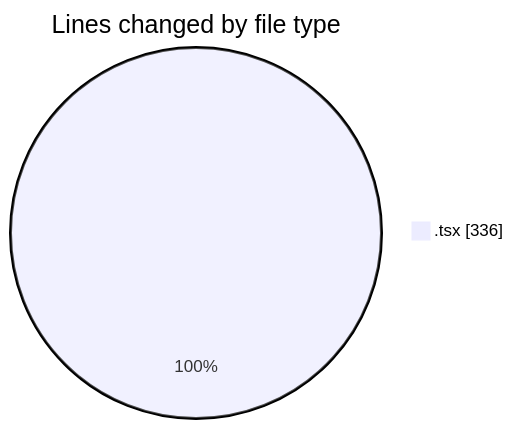
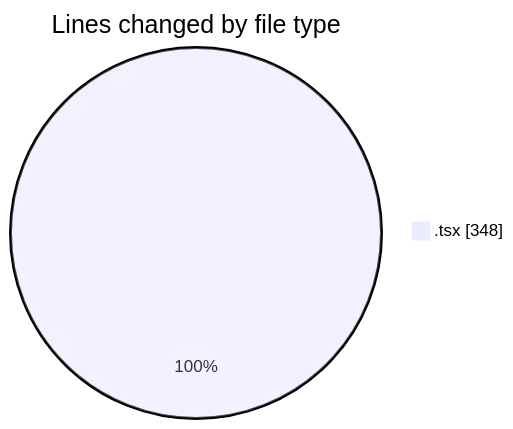
One commit to momahboobian/code-tracking changed the first of 2 diagrams in 2025-03-20/cda/README.md. Above: the diagram before and after it, drawn with Mermaid. The commit also changed other lines of this file and 1 other file, not shown here.

````diff
--- a/2025-03-20/cda/README.md
+++ b/2025-03-20/cda/README.md
@@ -21,5 +21,5 @@
 ```mermaid
 pie showData
 title Lines changed by file type
-".tsx" : 336
+".tsx" : 348
 ```
````
